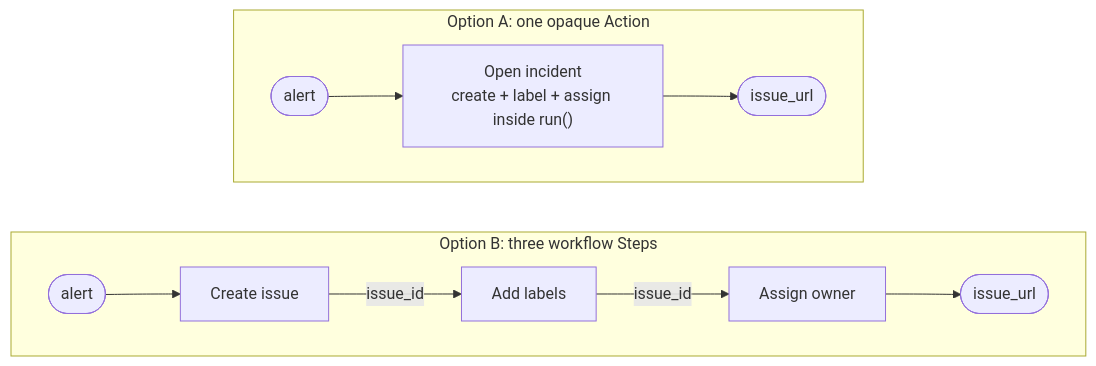
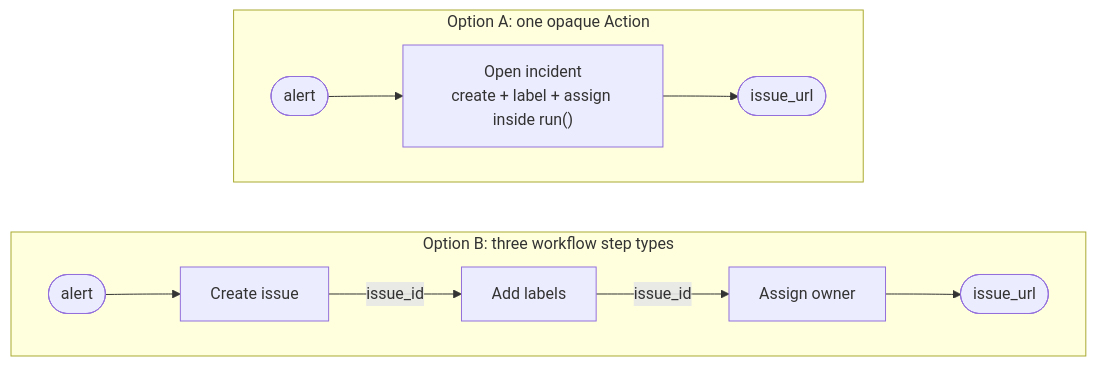
One commit to syntara-orchestration/syntara-plugin-sdk changed the eighth of 9 diagrams in docs/authoring-guide.md. Above: the diagram before and after it, drawn with Mermaid. The commit also changed other lines of this file and 73 other files, not shown here.

````diff
--- a/docs/authoring-guide.md
+++ b/docs/authoring-guide.md
@@ -907,14 +907,14 @@
 ```mermaid
 flowchart TB
-    accTitle: One opaque Action compared with three workflow Steps
-    accDescr: Option A runs create, label, and assign inside one Open incident Action. Option B runs Create issue, Add labels, and Assign owner as separate Steps connected by a visible issue ID.
+    accTitle: One opaque Action compared with three workflow step types
+    accDescr: Option A runs create, label, and assign inside one Open incident Action. Option B runs Create issue, Add labels, and Assign owner as separate step types connected by a visible issue ID.
     subgraph A["Option A: one opaque Action"]
         direction LR
         a_in([alert]) --> open["Open incident<br/>create + label + assign inside run()"] --> a_out([issue_url])
     end
-    subgraph B["Option B: three workflow Steps"]
+    subgraph B["Option B: three workflow step types"]
         direction LR
         b_in([alert]) --> create[Create issue] -->|issue_id| label[Add labels] -->|issue_id| assign[Assign owner] --> b_out([issue_url])
     end
     A ~~~ B
 ```
````
